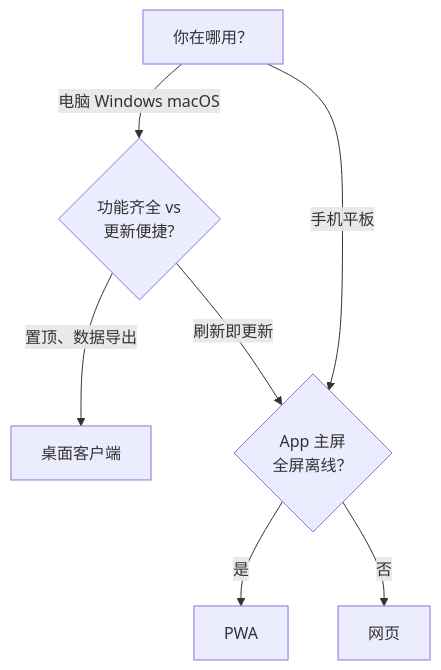
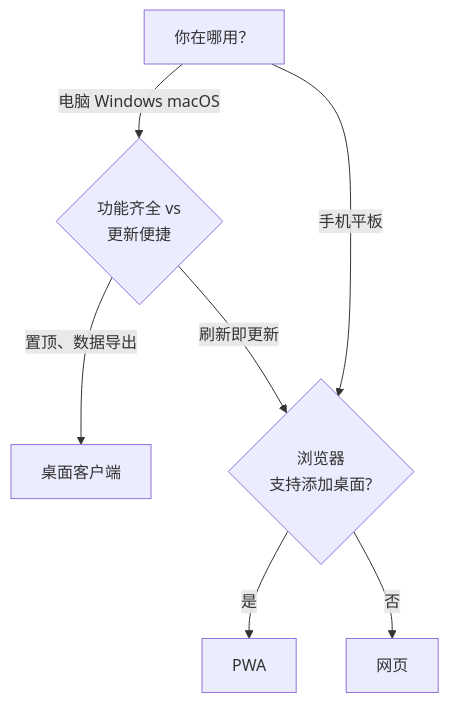
One commit to Xeonilian/pomotention changed the first of 2 diagrams in docs/getting-started.md. Above: the diagram before and after it, drawn with Mermaid. The commit also changed other lines of this file and 8 other files, not shown here.

````diff
--- a/docs/getting-started.md
+++ b/docs/getting-started.md
@@ -17,12 +17,11 @@
 ```mermaid
 flowchart TD
-  A[你在哪用？] -->|电脑 Windows macOS| B{功能齐全 vs \n 更新便捷?}
-
-
+  classDef brLineHeight line-height:1.65
+  A[你在哪用？] -->|电脑 Windows macOS| B{功能齐全 vs <br>更新便捷}
   B -->|置顶、数据导出| D[桌面客户端]
   B -->|刷新即更新| C
-
-  A -->|手机平板| C{ App 主屏 \n全屏离线？}
+  A -->|手机平板| C{ 浏览器<br>支持添加桌面?}
   C -->|是| E[PWA]
   C -->|否| F[网页]
+  class B,C brLineHeight
 ```
````
